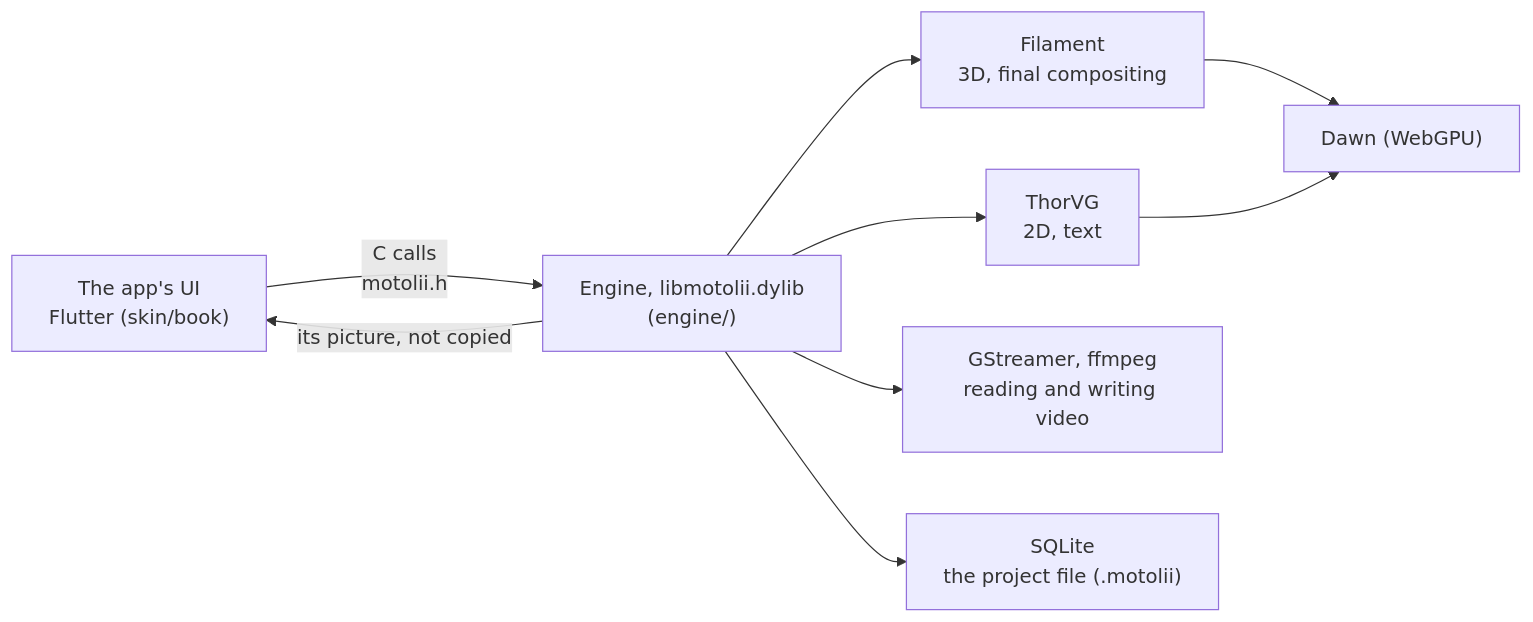
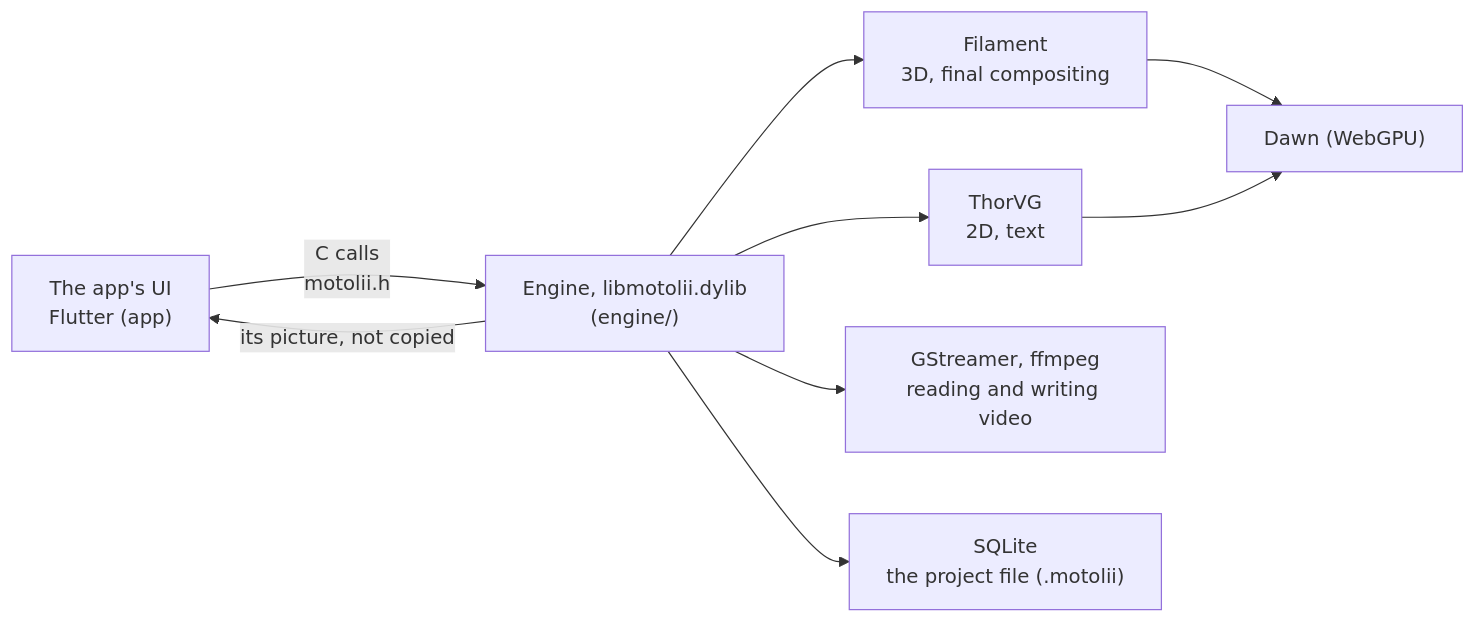
One commit to oshikaidesu/motolii changed the diagram in README.en.md. Above: the diagram before and after it, drawn with Mermaid. The commit also changed other lines of this file and 727 other files, not shown here.

````diff
--- a/README.en.md
+++ b/README.en.md
@@ -305,11 +305,11 @@
 ```mermaid
 flowchart LR
-  W["The app's UI<br/>Flutter (skin/book)"] -- "C calls<br/>motolii.h" --> E["Engine, libmotolii.dylib<br/>(engine/)"]
+  W["The app's UI<br/>Flutter (app)"] -- "C calls<br/>motolii.h" --> E["Engine, libmotolii.dylib<br/>(engine/)"]
   E --> F["Filament<br/>3D, final compositing"]
   E --> T["ThorVG<br/>2D, text"]
   E --> G["GStreamer, ffmpeg<br/>reading and writing video"]
   E --> S["SQLite<br/>the project file (.motolii)"]
   F --> D["Dawn (WebGPU)"]
   T --> D
   E -- "its picture, not copied" --> W
 ```
````
